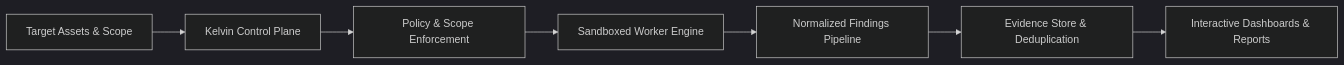
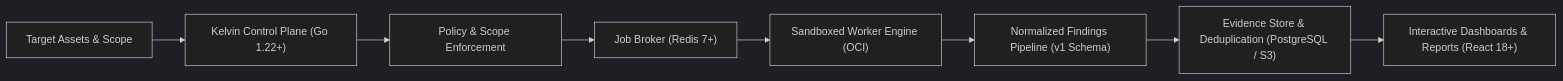
The first of 4 diagrams in docs/ARCHITECTURE_AND_FEATURES.md (eOzkahq/Kelvin), drawn with Mermaid (dark theme) before and after one commit. The commit also changed other lines of this file and 10 other files, not shown here.

First line of the commit message:
docs(architecture): harmonize foundation specifications and documentation with ADR-0001 through ADR-0005 (P1-26)

````diff
--- a/docs/ARCHITECTURE_AND_FEATURES.md
+++ b/docs/ARCHITECTURE_AND_FEATURES.md
@@ -9,9 +9,10 @@
 ```mermaid
 flowchart LR
-    A[Target Assets & Scope] --> B[Kelvin Control Plane]
-    B --> C[Policy & Scope Enforcement]
-    C --> D[Sandboxed Worker Engine]
-    D --> E[Normalized Findings Pipeline]
-    E --> F[Evidence Store & Deduplication]
-    F --> G[Interactive Dashboards & Reports]
+    A["Target Assets & Scope"] --> B["Kelvin Control Plane (Go 1.22+)"]
+    B --> C["Policy & Scope Enforcement"]
+    C --> D["Job Broker (Redis 7+)"]
+    D --> E["Sandboxed Worker Engine (OCI)"]
+    E --> F["Normalized Findings Pipeline (v1 Schema)"]
+    F --> G["Evidence Store & Deduplication (PostgreSQL / S3)"]
+    G --> H["Interactive Dashboards & Reports (React 18+)"]
 ```
````
